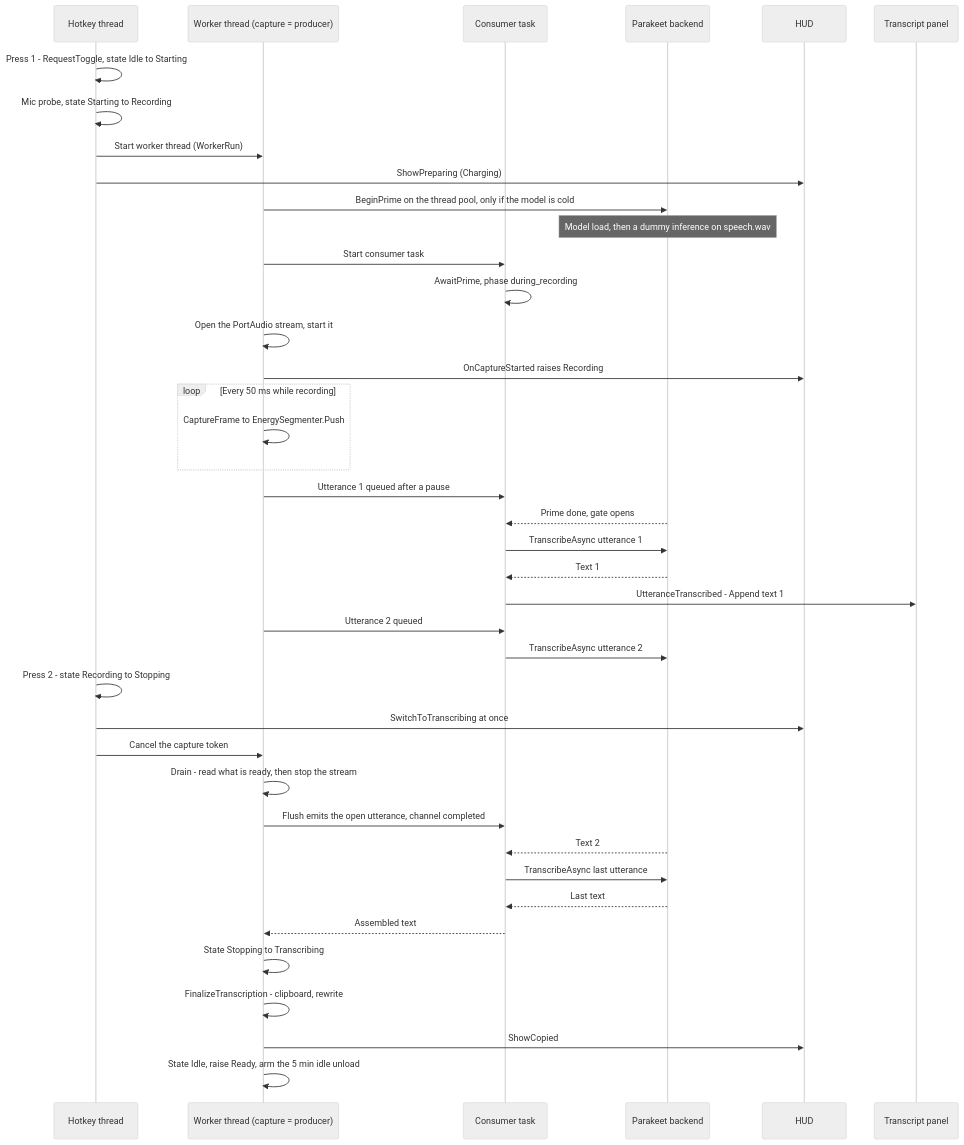
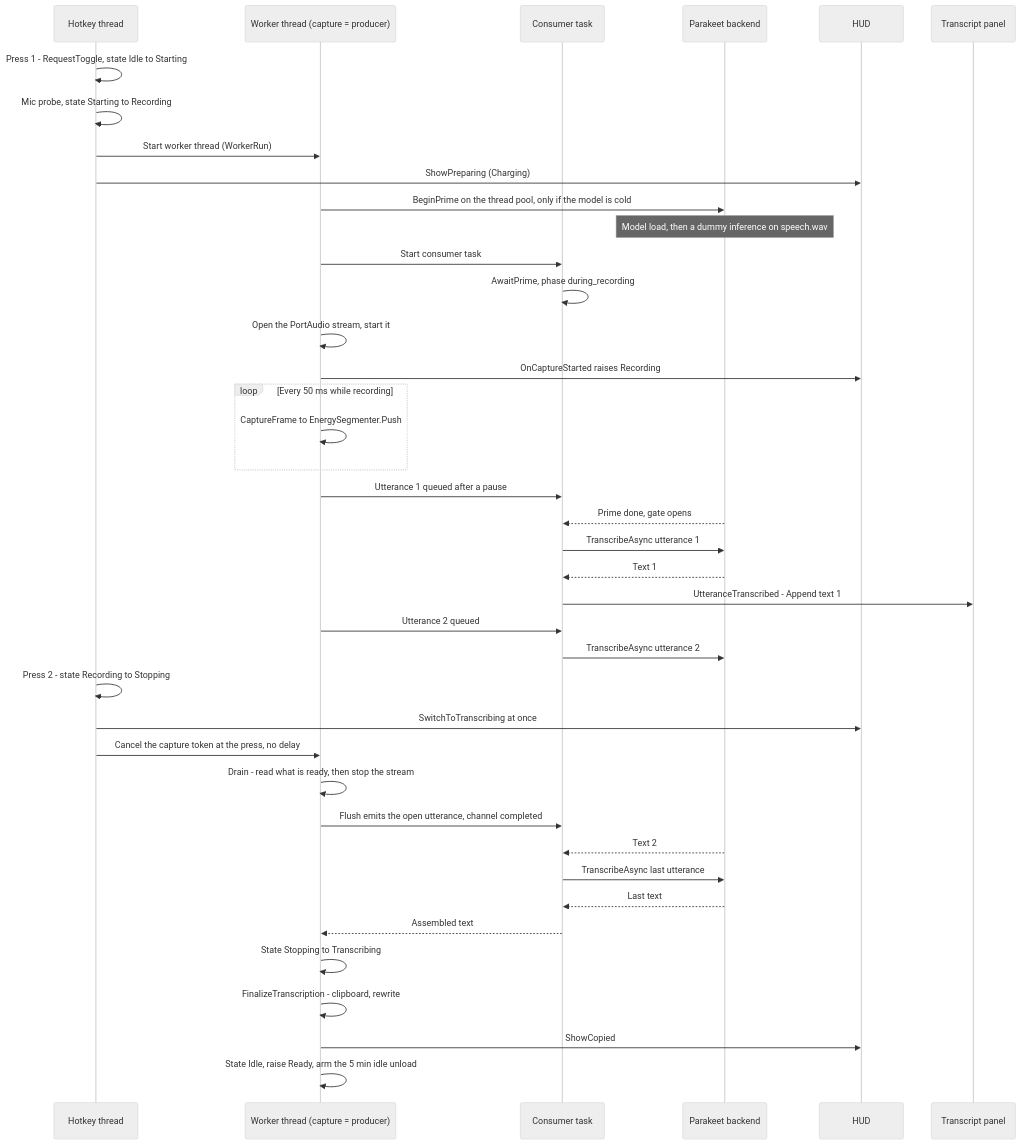
Before and after one commit to louisfifre/deckle: the second of 3 diagrams in docs/transcription-audio-chain.md, drawn with Mermaid (neutral theme). The commit also changed other lines of this file and 11 other files, not shown here.

````diff
--- a/docs/transcription-audio-chain.md
+++ b/docs/transcription-audio-chain.md
@@ -125,43 +125,43 @@
 ```mermaid
 sequenceDiagram
     participant HK as Hotkey thread
     participant W as Worker thread (capture = producer)
     participant C as Consumer task
     participant WB as Parakeet backend
     participant HUD as HUD
     participant P as Transcript panel
 
     HK->>HK: Press 1 - RequestToggle, state Idle to Starting
     HK->>HK: Mic probe, state Starting to Recording
     HK->>W: Start worker thread (WorkerRun)
     HK->>HUD: ShowPreparing (Charging)
     W->>WB: BeginPrime on the thread pool, only if the model is cold
     Note over WB: Model load, then a dummy inference on speech.wav
     W->>C: Start consumer task
     C->>C: AwaitPrime, phase during_recording
     W->>W: Open the PortAudio stream, start it
     W->>HUD: OnCaptureStarted raises Recording
     loop Every 50 ms while recording
         W->>W: CaptureFrame to EnergySegmenter.Push
     end
     W->>C: Utterance 1 queued after a pause
     WB-->>C: Prime done, gate opens
     C->>WB: TranscribeAsync utterance 1
     WB-->>C: Text 1
     C->>P: UtteranceTranscribed - Append text 1
     W->>C: Utterance 2 queued
     C->>WB: TranscribeAsync utterance 2
     HK->>HK: Press 2 - state Recording to Stopping
     HK->>HUD: SwitchToTranscribing at once
-    HK->>W: Cancel the capture token
+    HK->>W: Cancel the capture token at the press, no delay
     W->>W: Drain - read what is ready, then stop the stream
     W->>C: Flush emits the open utterance, channel completed
     WB-->>C: Text 2
     C->>WB: TranscribeAsync last utterance
     WB-->>C: Last text
     C-->>W: Assembled text
     W->>W: State Stopping to Transcribing
     W->>W: FinalizeTranscription - clipboard, rewrite
     W->>HUD: ShowCopied
     W->>W: State Idle, raise Ready, arm the 5 min idle unload
 ```
````
